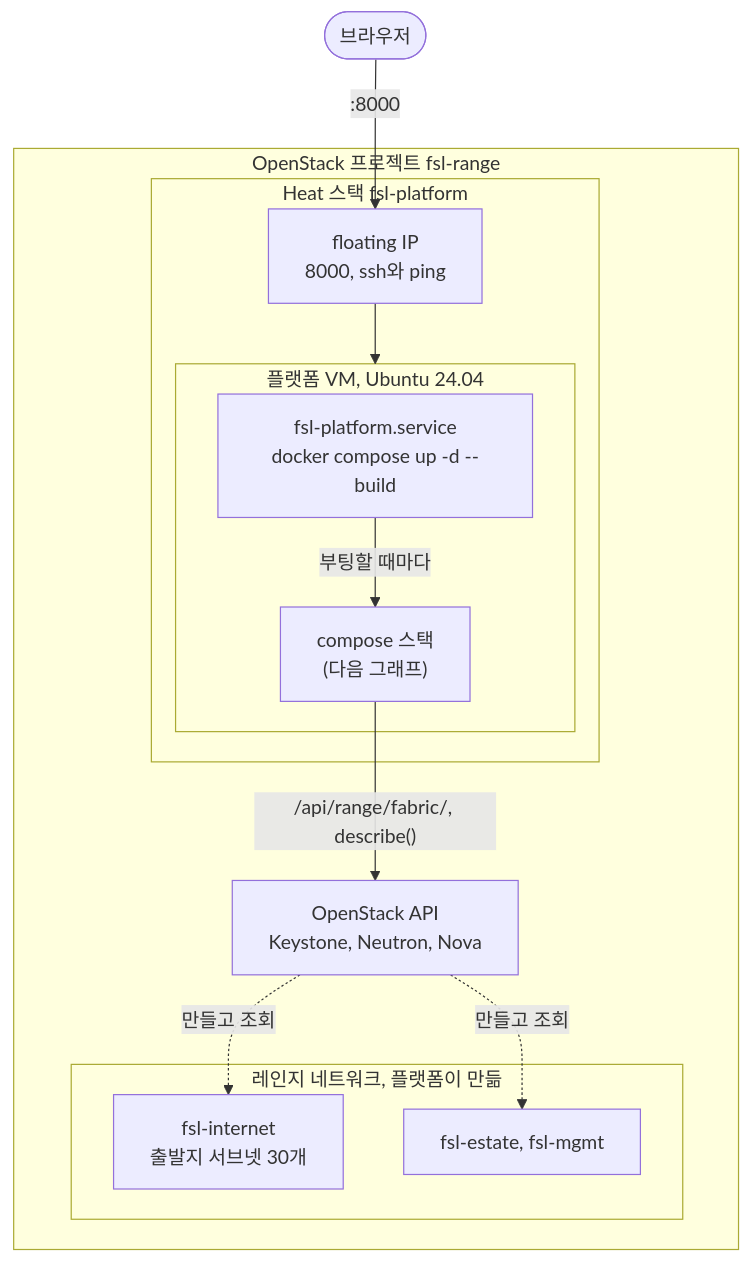
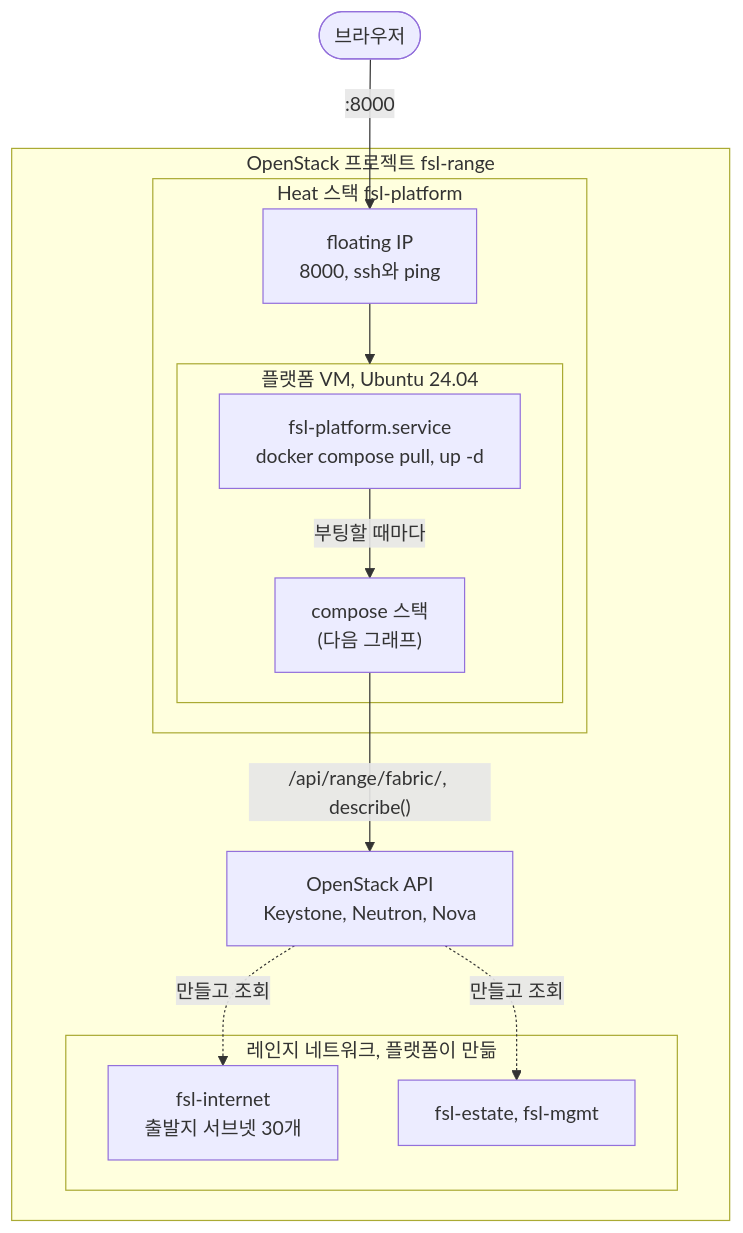
The first of 2 diagrams in README.ko.md (Nekonic/fsl-project-mvp), drawn with Mermaid before and after one commit. The commit also changed other lines of this file and 25 other files, not shown here.

````diff
--- a/README.ko.md
+++ b/README.ko.md
@@ -18,26 +19,26 @@
 ```mermaid
 flowchart TB
   person(["브라우저"])
 
   subgraph cloud["OpenStack 프로젝트 fsl-range"]
     api["OpenStack API<br/>Keystone, Neutron, Nova"]
     subgraph heat["Heat 스택 fsl-platform"]
       fip["floating IP<br/>8000, ssh와 ping"]
       subgraph vm["플랫폼 VM, Ubuntu 24.04"]
-        unit["fsl-platform.service<br/>docker compose up -d --build"]
+        unit["fsl-platform.service<br/>docker compose pull, up -d"]
         stack["compose 스택<br/>(다음 그래프)"]
       end
     end
     subgraph fabric_box["레인지 네트워크, 플랫폼이 만듦"]
       internet["fsl-internet<br/>출발지 서브넷 30개"]
       inside["fsl-estate, fsl-mgmt"]
     end
   end
 
   person -->|":8000"| fip
   fip --> vm
   unit -->|"부팅할 때마다"| stack
   stack -->|"/api/range/fabric/, describe()"| api
   api -.->|만들고 조회| internet
   api -.->|만들고 조회| inside
 ```
````
